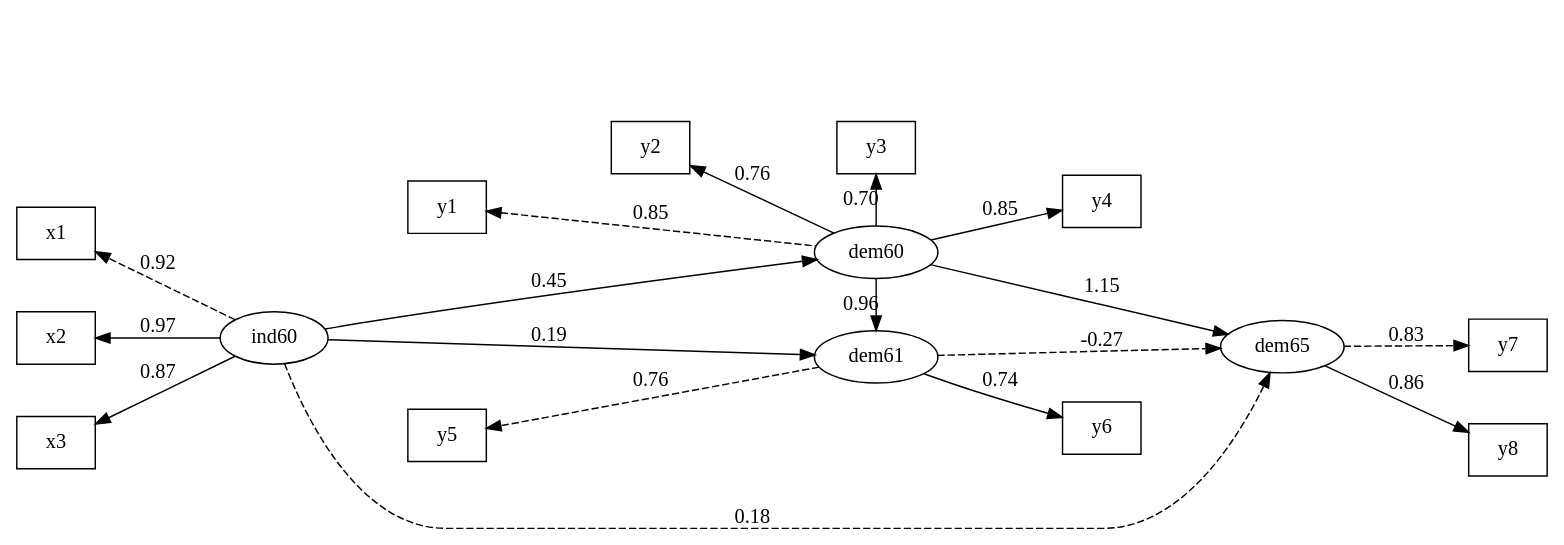
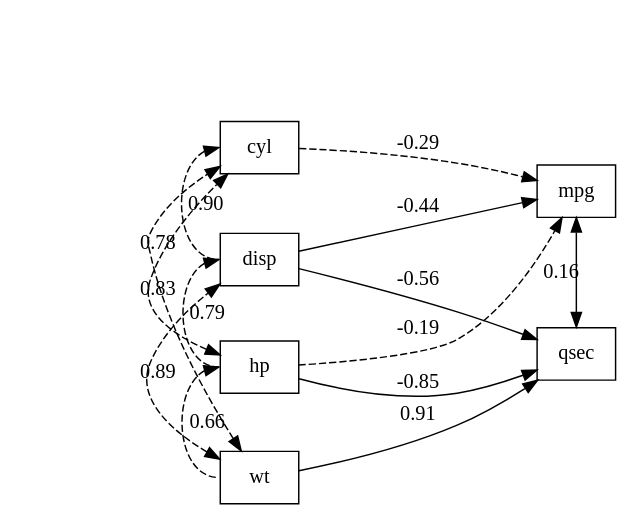
The diagram in test.gv (cardiomoon/semMediation), drawn with Graphviz before and after one commit. The commit also changed 16 other files, not shown here.

```diff
--- a/test.gv
+++ b/test.gv
@@ -1,94 +1,53 @@
 digraph {
-graph [rankdir = LR]
-ranksep=0.75;
-nodesep=0.25;
+graph [ rankdir = LR, ranksep = 0.75, nodesep = 0.25, overlap = true, fontsize = 10 ]
 
                subgraph cluster0{
                style=invis;
                node [style=invis]
-t0;t1;t2;t3;t4;t5;t6;t7
+t0;t1;t2;t3
 edge[style=invis];
-t0->t1->t2->t3->t4->t5->t6->t7
+t0->t1->t2->t3
 }
-subgraph {
-node [shape=box]
-y1;y2;y3;y4
-edge[style=invis];
-y1->y2->y3->y4
-}
-subgraph {
-node [shape=box]
-y5;y6
-edge[style=invis];
-y5->y6
-}
-node [shape=box]
-x1;x2;x3;y7;y8
-node [shape=oval]
-ind60;dem60;dem61;dem65
+node [shape=box ]
+mpg;cyl;disp;hp;qsec;wt
 {
-t0->x1->x2->x3[style=invis]
+t0[style=invis]
 
 rank=same
-t0,x1,x2,x3
+t0
 }
 {
-t1->ind60[style=invis]
+t1->cyl->disp->hp->wt[style=invis]
 
 rank=same
-t1,ind60
+t1,cyl,disp,hp,wt
 }
 {
+t2[style=invis]
 
 rank=same
-t2,y1,y5
+t2
 }
 {
-t3->y2[style=invis]
+t3->mpg->qsec[style=invis]
 
 rank=same
-t3,y2
+t3,mpg,qsec
 }
-{
-t4->y3->dem60->dem61[style=invis]
 
-rank=same
-t4,y3,dem60,dem61
-}
-{
-t5->y4->y6[style=invis]
-
-rank=same
-t5,y4,y6
-}
-{
-t6->dem65[style=invis]
-
-rank=same
-t6,dem65
-}
-{
-t7->y7->y8[style=invis]
-
-rank=same
-t7,y7,y8
-}
-ind60->x1[style=dashed label=0.92]
-ind60->x2[label=0.97]
-ind60->x3[label=0.87]
-y1->dem60[dir=back style=dashed label=0.85]
-y2->dem60[dir=back label=0.76]
-y3->dem60[dir=back label=0.70]
-y4->dem60[dir=back label=0.85]
-dem61->y5[style=dashed label=0.76]
-dem61->y6[label=0.74]
-dem65->y7[style=dashed label=0.83]
-dem65->y8[label=0.86]
-dem60->dem65[label=1.15]
-dem61->dem65[style=dashed label=-0.27]
-ind60->dem65[style=dashed label=0.18]
-ind60->dem60[label=0.45]
-ind60->dem61[label=0.19]
-dem60->dem61[label=0.96]
+ edge [color = black]
+cyl->mpg[style=dashed label=-0.29]
+disp->mpg[label=-0.44]
+hp->mpg[style=dashed label=-0.19]
+disp->qsec[label=-0.56]
+hp->qsec[label=-0.85]
+wt->qsec[label=0.91]
+qsec ->mpg [dir=both headport=E tailport=E constraint=false label=0.16]
+disp:w ->cyl:w [dir=both constraint=false style=dashed label=0.90]
+hp->cyl[dir=both constraint=false style=dashed label=0.83]
+wt->cyl[dir=both constraint=false style=dashed label=0.78]
+hp:w ->disp:w [dir=both constraint=false style=dashed label=0.79]
+wt->disp[dir=both constraint=false style=dashed label=0.89]
+wt:w ->hp:w [dir=both constraint=false style=dashed label=0.66]
 
 }
```
